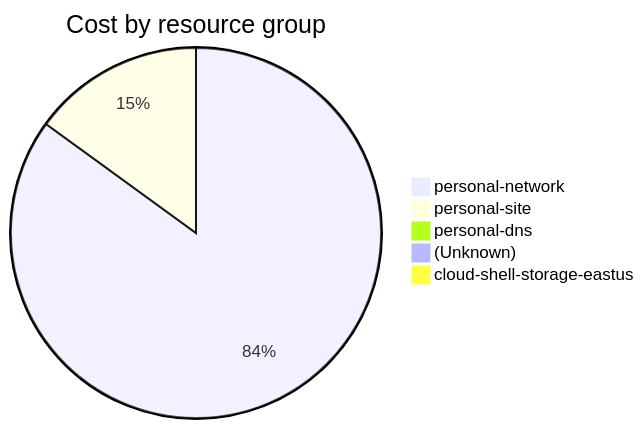
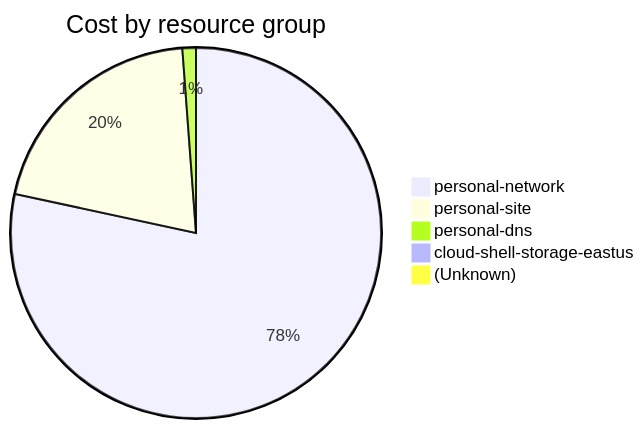
The fourth of 4 diagrams in cost-reports/accumulated-cost.md (jpfulton/azure-personal-reports), drawn with Mermaid before and after one commit. The commit also changed other lines of this file and 4 other files, not shown here.

````diff
--- a/cost-reports/accumulated-cost.md
+++ b/cost-reports/accumulated-cost.md
@@ -149,9 +153,9 @@
 ```mermaid
 pie
    title Cost by resource group
-   "personal-network" : 2.55
-   "personal-site" : 0.45
-   "personal-dns" : 0.03
+   "personal-network" : 3.99
+   "personal-site" : 1.04
+   "personal-dns" : 0.06
+   "cloud-shell-storage-eastus" : 0.02
    "(Unknown)" : 0.01
-   "cloud-shell-storage-eastus" : 0.01
 ```
````
